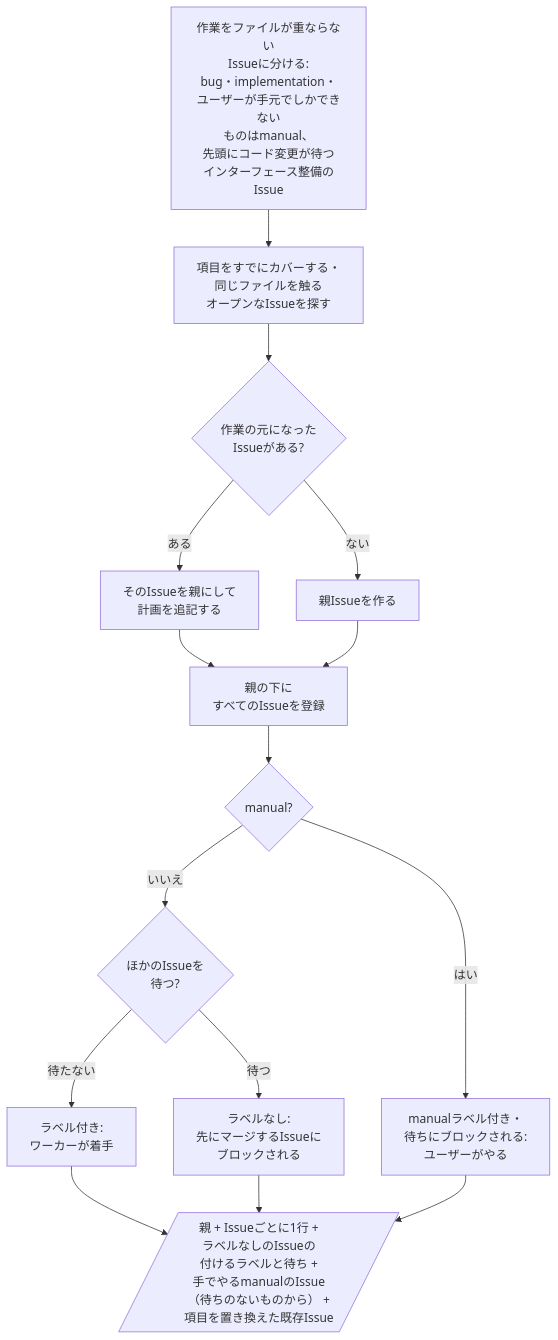
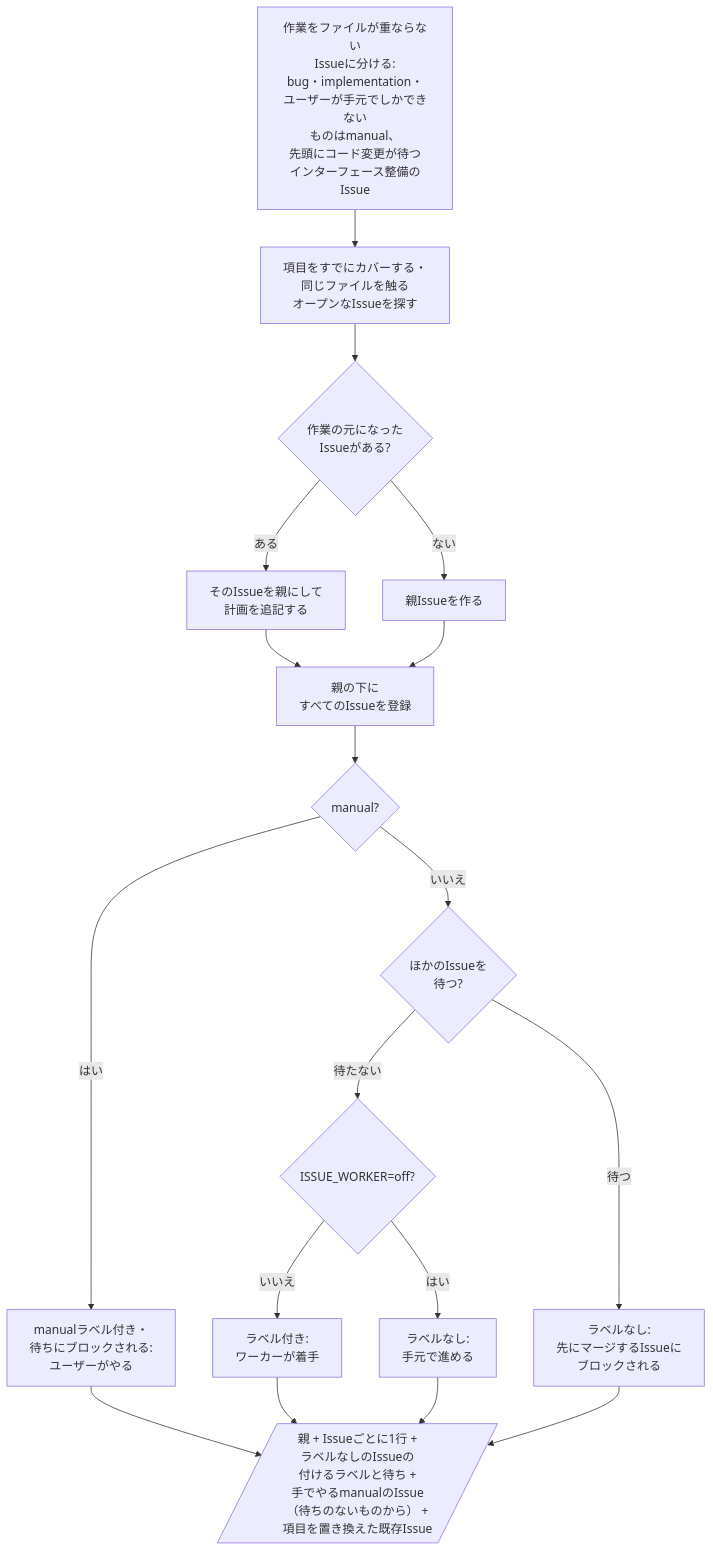
Before and after one commit to omni-stove/skill-kit: the diagram in shared/skills/delegate/README.ja.md, drawn with Mermaid. The commit also changed 35 other files, not shown here.

````diff
--- a/shared/skills/delegate/README.ja.md
+++ b/shared/skills/delegate/README.ja.md
@@ -3,18 +3,21 @@
 ```mermaid
 flowchart TD
   split["作業をファイルが重ならない<br/>Issueに分ける:<br/>bug・implementation・<br/>ユーザーが手元でしかできない<br/>ものはmanual、<br/>先頭にコード変更が待つ<br/>インターフェース整備のIssue"]
   split --> similar[項目をすでにカバーする・<br/>同じファイルを触る<br/>オープンなIssueを探す]
   similar --> origin{作業の元になった<br/>Issueがある?}
   origin -- "ある" --> comment[そのIssueを親にして<br/>計画を追記する]
   origin -- "ない" --> parent[親Issueを作る]
   comment --> create[親の下に<br/>すべてのIssueを登録]
   create --> kind{manual?}
   kind -- "はい" --> manual[manualラベル付き・<br/>待ちにブロックされる:<br/>ユーザーがやる]
   kind -- "いいえ" --> wait{ほかのIssueを<br/>待つ?}
-  wait -- "待たない" --> now[ラベル付き:<br/>ワーカーが着手]
+  wait -- "待たない" --> off{ISSUE_WORKER=off?}
+  off -- "いいえ" --> now[ラベル付き:<br/>ワーカーが着手]
+  off -- "はい" --> local[ラベルなし:<br/>手元で進める]
   wait -- "待つ" --> later[ラベルなし:<br/>先にマージするIssueに<br/>ブロックされる]
   parent --> create
   now --> report[/"親 + Issueごとに1行 +<br/>ラベルなしのIssueの<br/>付けるラベルと待ち +<br/>手でやるmanualのIssue<br/>（待ちのないものから） +<br/>項目を置き換えた既存Issue"/]
   later --> report
+  local --> report
   manual --> report
 ```
````
